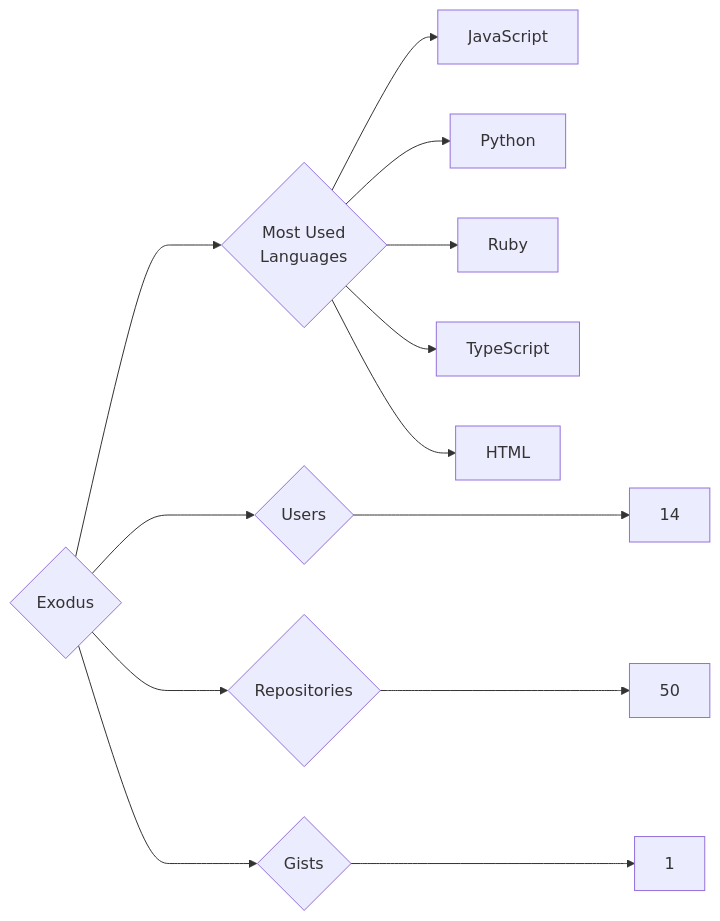
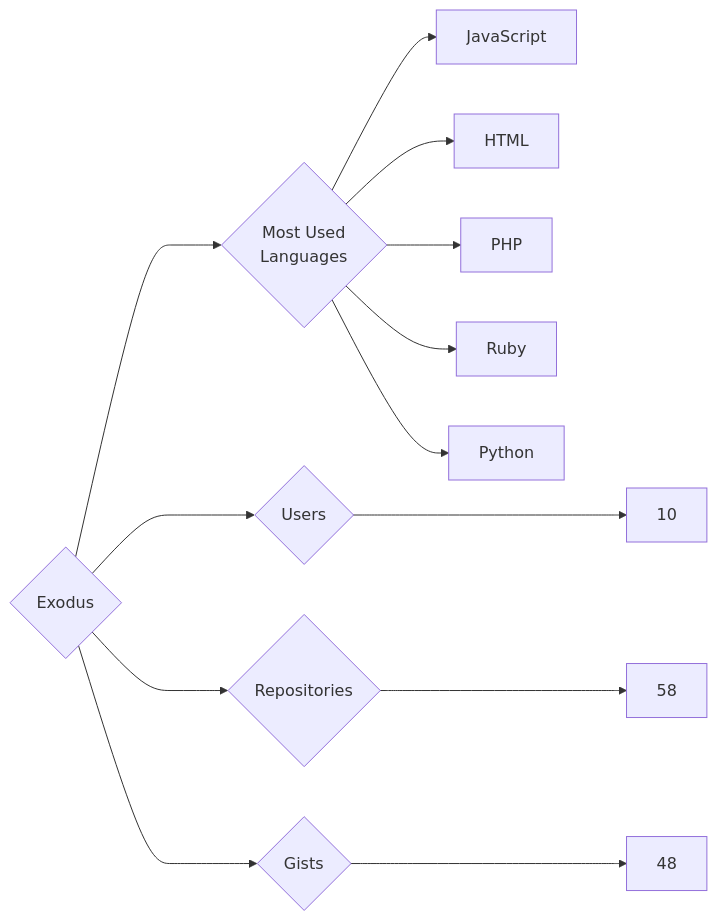
The diagram in targets/Exodus/README.md (trickest/insiders), drawn with Mermaid before and after one commit. The commit also changed 823 other files, not shown here.

````diff
--- a/targets/Exodus/README.md
+++ b/targets/Exodus/README.md
@@ -3,13 +3,13 @@
 ```mermaid
 graph LR
 COMPANY_NAME{Exodus}
-COMPANY_NAME ---> U{Users} ---> UN[14]
-COMPANY_NAME ---> R{Repositories} ---> RN[50]
-COMPANY_NAME ---> G{Gists} ---> GN[1]
+COMPANY_NAME ---> U{Users} ---> UN[10]
+COMPANY_NAME ---> R{Repositories} ---> RN[58]
+COMPANY_NAME ---> G{Gists} ---> GN[48]
 COMPANY_NAME ---> ML{Most Used<br>Languages}
 ML --> JavaScript[JavaScript]
+ML --> HTML[HTML]
+ML --> PHP[PHP]
+ML --> Ruby[Ruby]
 ML --> Python[Python]
-ML --> Ruby[Ruby]
-ML --> TypeScript[TypeScript]
-ML --> HTML[HTML]
 ```
````
